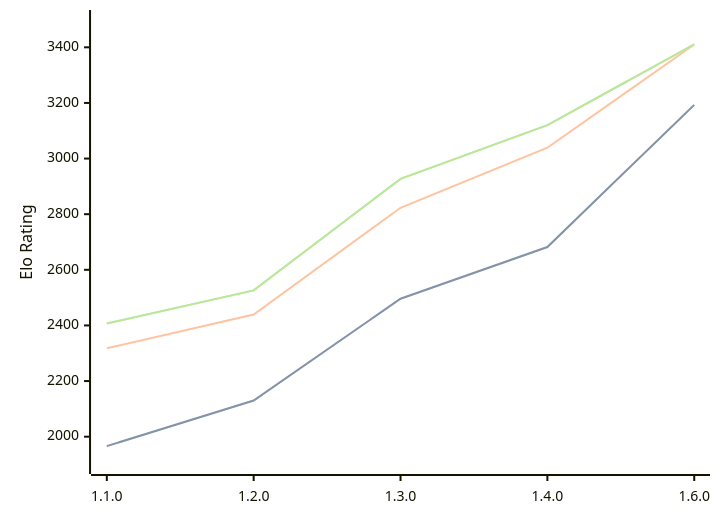
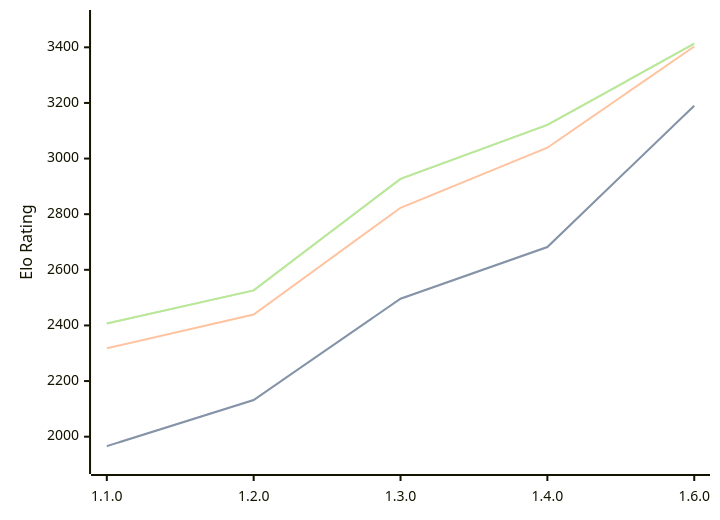
One commit to computer-chess-index/cci changed the diagram in engines/Gyatso.md. Above: the diagram before and after it, drawn with Mermaid. The commit also changed other lines of this file, not shown here.

Commit message:
Update CCI Ratings (ELO VLTC) - 2026-10-07

````diff
--- a/engines/Gyatso.md
+++ b/engines/Gyatso.md
@@ -37,11 +37,11 @@
 ```mermaid
 %%{init: {"theme":"base","themeVariables":{"seriesColors:['#a3a3a3','#222221','#faa371']}}}%%
 xychart-beta
   x-axis ["1.1.0", "1.2.0", "1.3.0", "1.4.0", "1.6.0"]
   y-axis "Elo Rating" 1900 --> 3500
-  line "" [1966, 2130, 2496, 2682, 3193]
-  line "STC (8.0+0.08s)" [1966, 2130, 2496, 2682, 3193]
-  line "LTC (60.0+0.60s)" [2318, 2439, 2823, 3039, 3410]
-  line "" [2407, 2526, 2927, 3120, 3411]
-  line "VLTC (2m24s+1.12s)" [2407, 2526, 2927, 3120, 3411]
+  line "" [1966, 2132, 2496, 2682, 3190]
+  line "STC (8.0+0.08s)" [1966, 2132, 2496, 2682, 3190]
+  line "LTC (60.0+0.60s)" [2318, 2439, 2823, 3039, 3403]
+  line "" [2407, 2526, 2927, 3121, 3413]
+  line "VLTC (2m24s+1.12s)" [2407, 2526, 2927, 3121, 3413]
 ```
````
